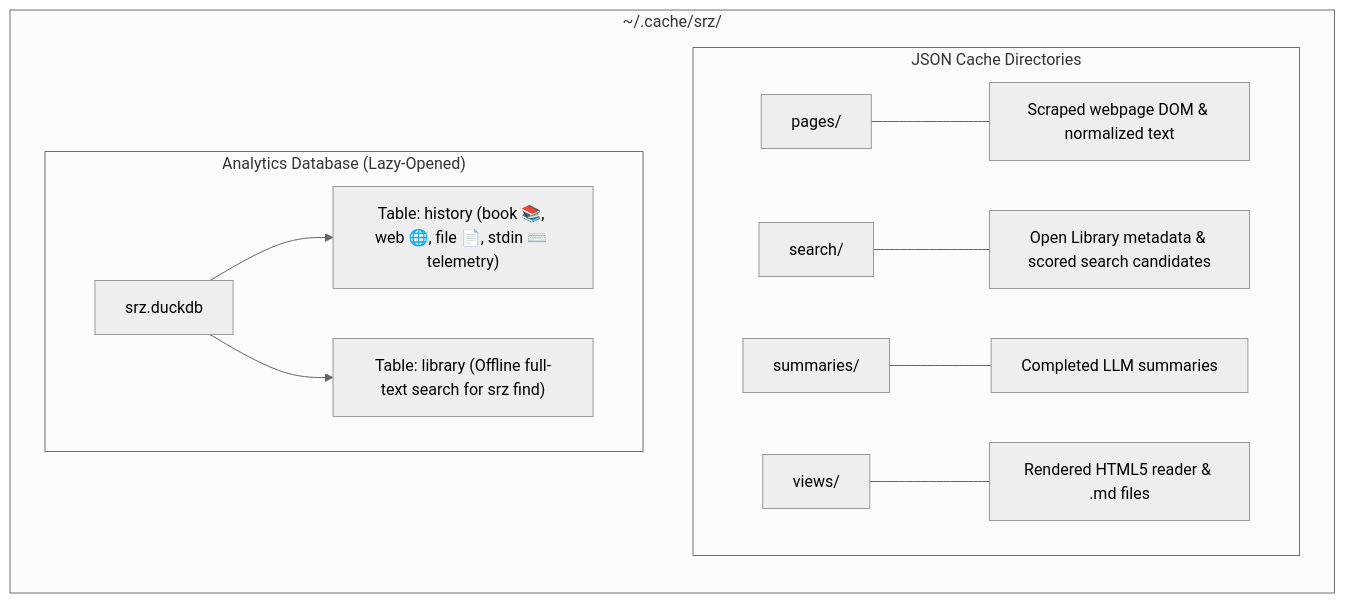
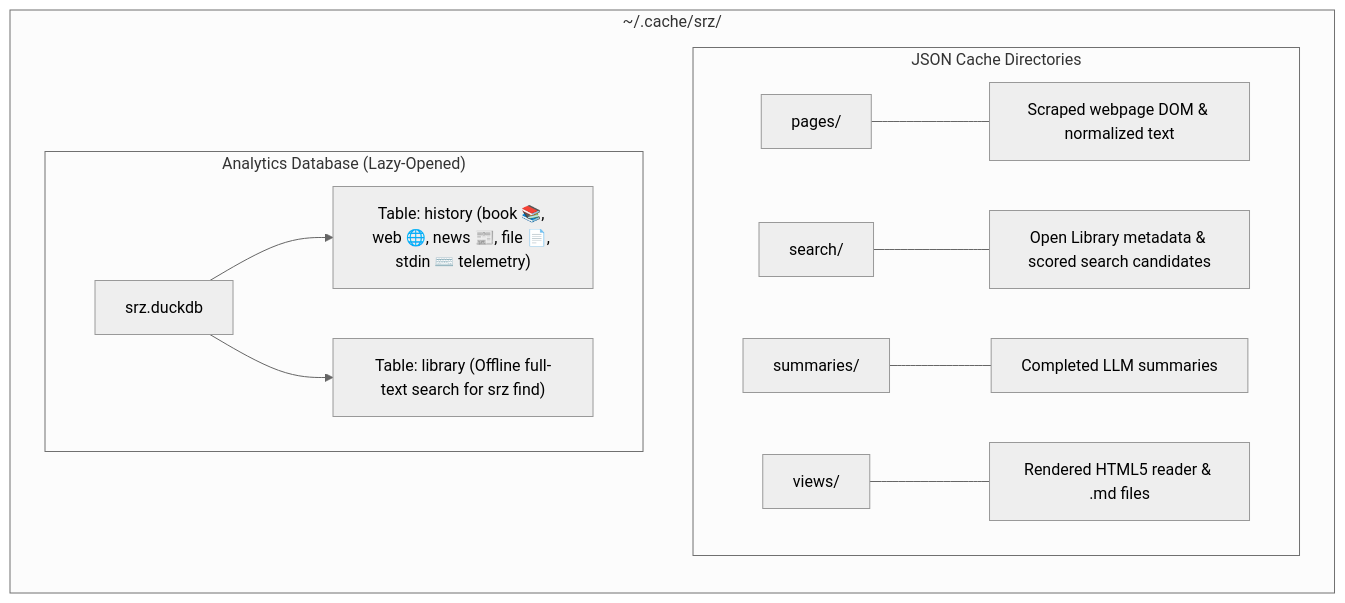
Before and after one commit to NewGuy012/srz: the third of 3 diagrams in OVERVIEW.md, drawn with Mermaid (neutral theme). The commit also changed other lines of this file and 1 other file, not shown here.

Commit message:
docs: update README and OVERVIEW with srz news and natural query routing

````diff
--- a/OVERVIEW.md
+++ b/OVERVIEW.md
@@ -94,16 +101,16 @@
 ```mermaid
 graph LR
     subgraph Root["~/.cache/srz/"]
         subgraph Namespaces["JSON Cache Directories"]
             P["pages/"] --- P_desc["Scraped webpage DOM & normalized text"]
             S["search/"] --- S_desc["Open Library metadata & scored search candidates"]
             M["summaries/"] --- M_desc["Completed LLM summaries"]
             V["views/"] --- V_desc["Rendered HTML5 reader & .md files"]
         end
         subgraph DB["Analytics Database (Lazy-Opened)"]
             D["srz.duckdb"]
-            D --> T1["Table: history (book 📚, web 🌐, file 📄, stdin ⌨️ telemetry)"]
+            D --> T1["Table: history (book 📚, web 🌐, news 📰, file 📄, stdin ⌨️ telemetry)"]
             D --> T2["Table: library (Offline full-text search for srz find)"]
         end
     end
 ```
````
